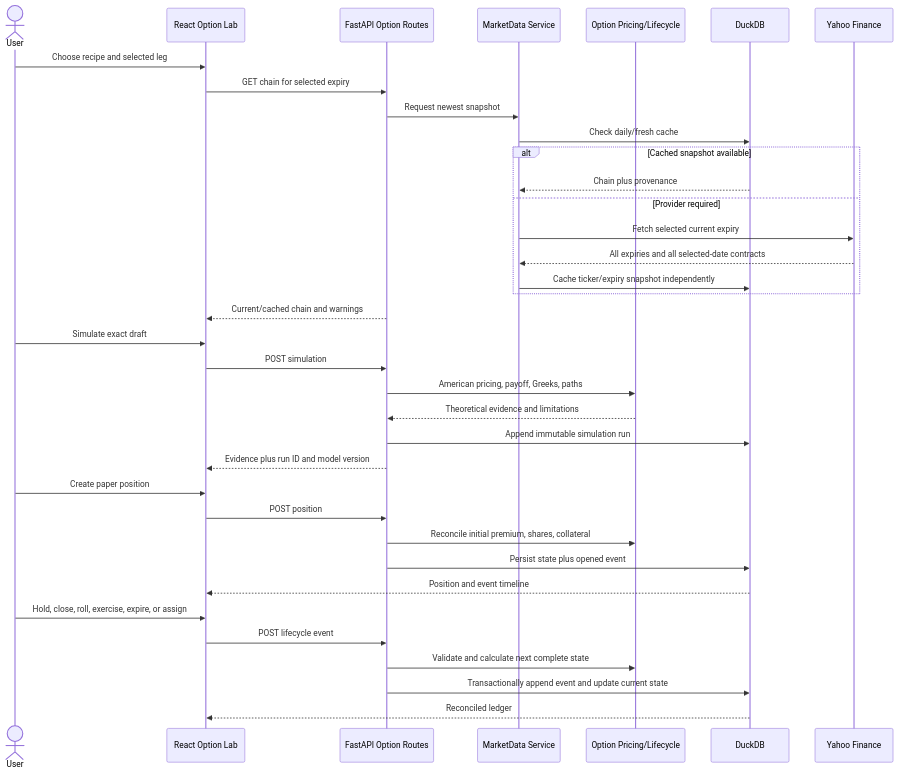
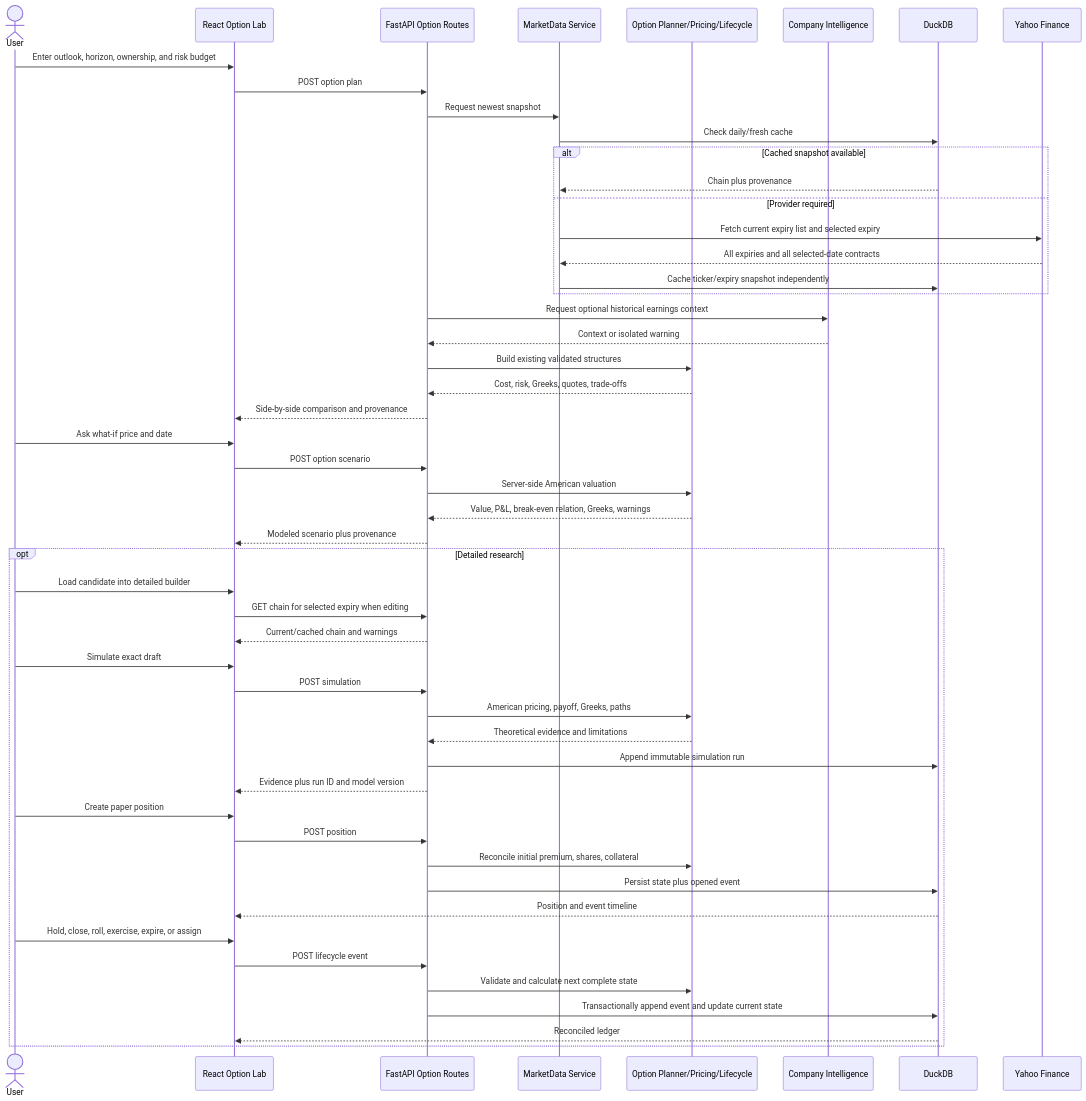
The fourth of 10 diagrams in docs/system-diagrams.md (hoshinglee/gbb-terminal), drawn with Mermaid before and after one commit. The commit also changed other lines of this file and 104 other files, not shown here.

````diff
--- a/docs/system-diagrams.md
+++ b/docs/system-diagrams.md
@@ -201,39 +215,54 @@
 ```mermaid
 sequenceDiagram
     actor User
     participant UI as React Option Lab
     participant API as FastAPI Option Routes
     participant Data as MarketData Service
-    participant Engine as Option Pricing/Lifecycle
+    participant Engine as Option Planner/Pricing/Lifecycle
+    participant Intel as Company Intelligence
     participant DB as DuckDB
     participant Yahoo as Yahoo Finance
 
-    User->>UI: Choose recipe and selected leg
-    UI->>API: GET chain for selected expiry
+    User->>UI: Enter outlook, horizon, ownership, and risk budget
+    UI->>API: POST option plan
     API->>Data: Request newest snapshot
     Data->>DB: Check daily/fresh cache
     alt Cached snapshot available
         DB-->>Data: Chain plus provenance
     else Provider required
-        Data->>Yahoo: Fetch selected current expiry
+        Data->>Yahoo: Fetch current expiry list and selected expiry
         Yahoo-->>Data: All expiries and all selected-date contracts
         Data->>DB: Cache ticker/expiry snapshot independently
     end
+    API->>Intel: Request optional historical earnings context
+    Intel-->>API: Context or isolated warning
+    API->>Engine: Build existing validated structures
+    Engine-->>API: Cost, risk, Greeks, quotes, trade-offs
+    API-->>UI: Side-by-side comparison and provenance
+    User->>UI: Ask what-if price and date
+    UI->>API: POST option scenario
+    API->>Engine: Server-side American valuation
+    Engine-->>API: Value, P&L, break-even relation, Greeks, warnings
+    API-->>UI: Modeled scenario plus provenance
+    opt Detailed research
+    User->>UI: Load candidate into detailed builder
+    UI->>API: GET chain for selected expiry when editing
     API-->>UI: Current/cached chain and warnings
     User->>UI: Simulate exact draft
     UI->>API: POST simulation
     API->>Engine: American pricing, payoff, Greeks, paths
     Engine-->>API: Theoretical evidence and limitations
     API->>DB: Append immutable simulation run
     API-->>UI: Evidence plus run ID and model version
     User->>UI: Create paper position
     UI->>API: POST position
     API->>Engine: Reconcile initial premium, shares, collateral
     API->>DB: Persist state plus opened event
     DB-->>UI: Position and event timeline
     User->>UI: Hold, close, roll, exercise, expire, or assign
     UI->>API: POST lifecycle event
     API->>Engine: Validate and calculate next complete state
     API->>DB: Transactionally append event and update current state
     DB-->>UI: Reconciled ledger
+    end
 ```
````
